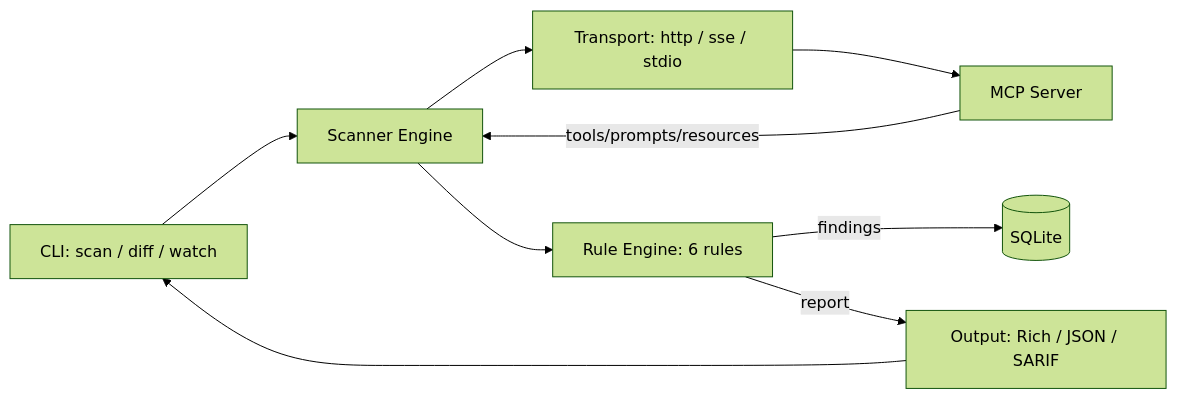
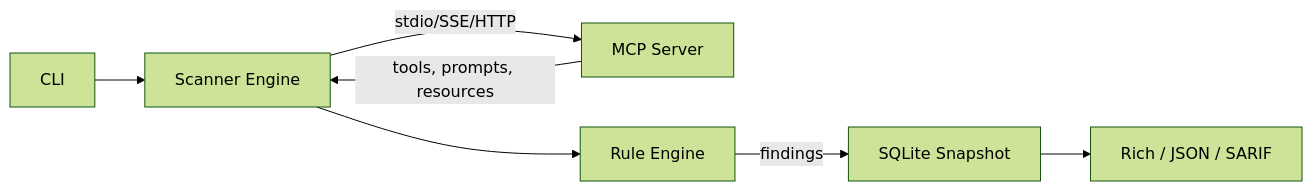
Before and after one commit to yatuk/mcpradar: the diagram in README.md, drawn with Mermaid (forest theme). The commit also changed other lines of this file and 6 other files, not shown here.

````diff
--- a/README.md
+++ b/README.md
@@ -80,18 +71,9 @@
 ```mermaid
-flowchart LR
-    CLI[CLI: scan / diff / watch]
-    Engine[Scanner Engine]
-    Transport[Transport: http / sse / stdio]
-    MCP[MCP Server]
-    Rules[Rule Engine: 6 rules]
-    Store[(SQLite)]
-    Output[Output: Rich / JSON / SARIF]
-
-    CLI --> Engine
-    Engine --> Transport --> MCP
-    MCP -- tools/prompts/resources --> Engine
-    Engine --> Rules
-    Rules -- findings --> Store
-    Rules -- report --> Output
-    Output --> CLI
+graph LR
+    A[CLI] --> B[Scanner Engine]
+    B -->|stdio/SSE/HTTP| C[MCP Server]
+    C -->|tools, prompts, resources| B
+    B --> D[Rule Engine]
+    D -->|findings| E[SQLite Snapshot]
+    E --> F[Rich / JSON / SARIF]
 ```
````
